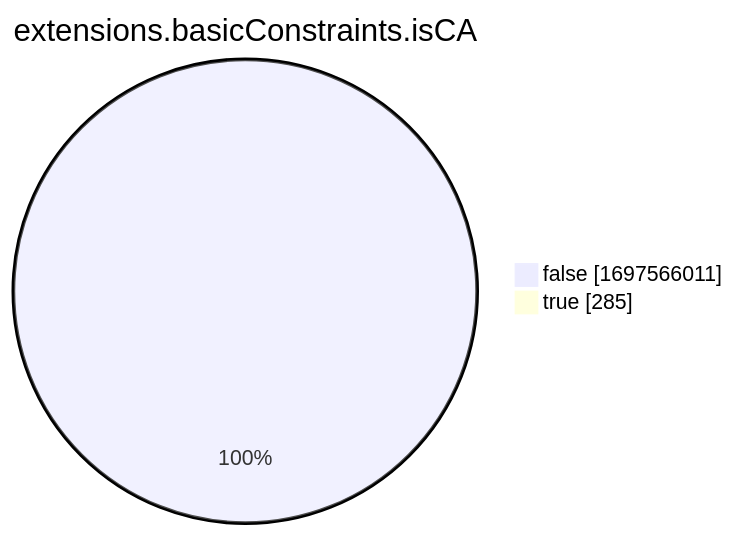
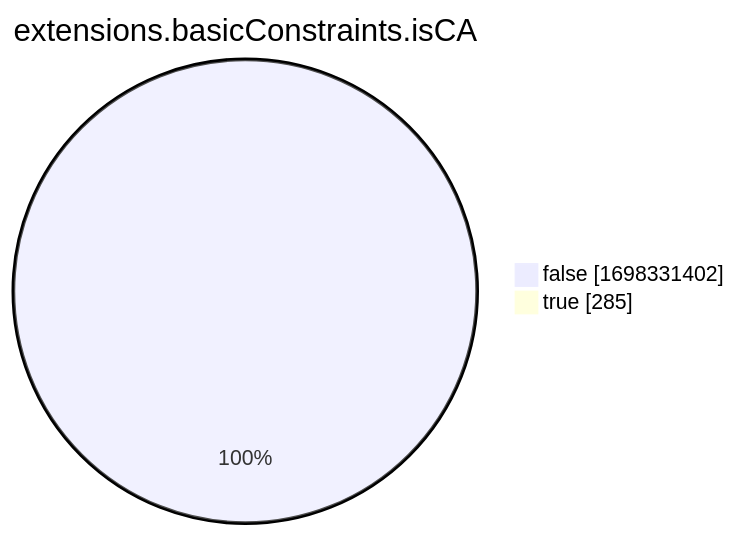
The eighth of 15 diagrams in xenon2022/README.md (christiankrug/ctmonitor_visualization), drawn with Mermaid before and after one commit. The commit also changed other lines of this file, not shown here.

````diff
--- a/xenon2022/README.md
+++ b/xenon2022/README.md
@@ -2865,6 +2865,6 @@
 ```mermaid
 pie showData
 title extensions.basicConstraints.isCA
-"false" :1697566011
+"false" :1698331402
 "true" :285
 ```
````
